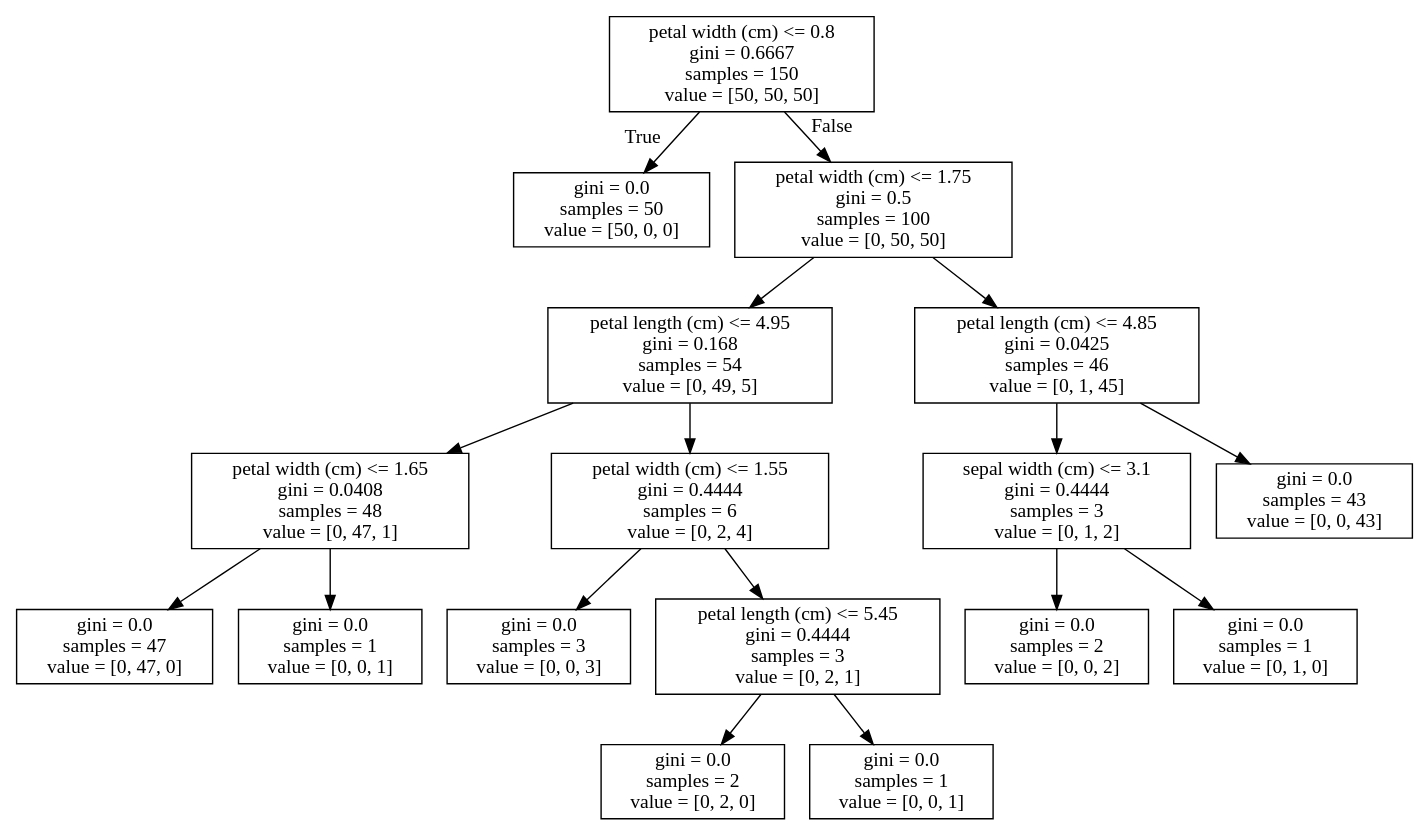
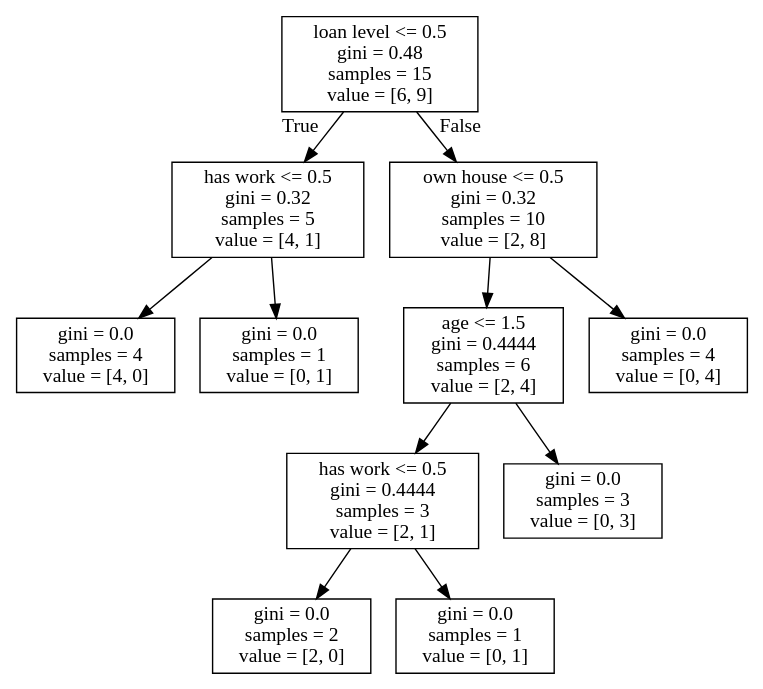
One commit to Jayhello/python_utils changed the diagram in python_utils/machine_learn/decision_tree/tree.dot. Above: the diagram before and after it, drawn with Graphviz. The commit also changed 7 other files, not shown here.

```diff
--- a/python_utils/machine_learn/decision_tree/tree.dot
+++ b/python_utils/machine_learn/decision_tree/tree.dot
@@ -1,36 +1,24 @@
 digraph Tree {
 node [shape=box] ;
-0 [label="petal width (cm) <= 0.8\ngini = 0.6667\nsamples = 150\nvalue = [50, 50, 50]"] ;
-1 [label="gini = 0.0\nsamples = 50\nvalue = [50, 0, 0]"] ;
+0 [label="loan level <= 0.5\ngini = 0.48\nsamples = 15\nvalue = [6, 9]"] ;
+1 [label="has work <= 0.5\ngini = 0.32\nsamples = 5\nvalue = [4, 1]"] ;
 0 -> 1 [labeldistance=2.5, labelangle=45, headlabel="True"] ;
-2 [label="petal width (cm) <= 1.75\ngini = 0.5\nsamples = 100\nvalue = [0, 50, 50]"] ;
-0 -> 2 [labeldistance=2.5, labelangle=-45, headlabel="False"] ;
-3 [label="petal length (cm) <= 4.95\ngini = 0.168\nsamples = 54\nvalue = [0, 49, 5]"] ;
-2 -> 3 ;
-4 [label="petal width (cm) <= 1.65\ngini = 0.0408\nsamples = 48\nvalue = [0, 47, 1]"] ;
-3 -> 4 ;
-5 [label="gini = 0.0\nsamples = 47\nvalue = [0, 47, 0]"] ;
+2 [label="gini = 0.0\nsamples = 4\nvalue = [4, 0]"] ;
+1 -> 2 ;
+3 [label="gini = 0.0\nsamples = 1\nvalue = [0, 1]"] ;
+1 -> 3 ;
+4 [label="own house <= 0.5\ngini = 0.32\nsamples = 10\nvalue = [2, 8]"] ;
+0 -> 4 [labeldistance=2.5, labelangle=-45, headlabel="False"] ;
+5 [label="age <= 1.5\ngini = 0.4444\nsamples = 6\nvalue = [2, 4]"] ;
 4 -> 5 ;
-6 [label="gini = 0.0\nsamples = 1\nvalue = [0, 0, 1]"] ;
-4 -> 6 ;
-7 [label="petal width (cm) <= 1.55\ngini = 0.4444\nsamples = 6\nvalue = [0, 2, 4]"] ;
-3 -> 7 ;
-8 [label="gini = 0.0\nsamples = 3\nvalue = [0, 0, 3]"] ;
-7 -> 8 ;
-9 [label="petal length (cm) <= 5.45\ngini = 0.4444\nsamples = 3\nvalue = [0, 2, 1]"] ;
-7 -> 9 ;
-10 [label="gini = 0.0\nsamples = 2\nvalue = [0, 2, 0]"] ;
-9 -> 10 ;
-11 [label="gini = 0.0\nsamples = 1\nvalue = [0, 0, 1]"] ;
-9 -> 11 ;
-12 [label="petal length (cm) <= 4.85\ngini = 0.0425\nsamples = 46\nvalue = [0, 1, 45]"] ;
-2 -> 12 ;
-13 [label="sepal width (cm) <= 3.1\ngini = 0.4444\nsamples = 3\nvalue = [0, 1, 2]"] ;
-12 -> 13 ;
-14 [label="gini = 0.0\nsamples = 2\nvalue = [0, 0, 2]"] ;
-13 -> 14 ;
-15 [label="gini = 0.0\nsamples = 1\nvalue = [0, 1, 0]"] ;
-13 -> 15 ;
-16 [label="gini = 0.0\nsamples = 43\nvalue = [0, 0, 43]"] ;
-12 -> 16 ;
+6 [label="has work <= 0.5\ngini = 0.4444\nsamples = 3\nvalue = [2, 1]"] ;
+5 -> 6 ;
+7 [label="gini = 0.0\nsamples = 2\nvalue = [2, 0]"] ;
+6 -> 7 ;
+8 [label="gini = 0.0\nsamples = 1\nvalue = [0, 1]"] ;
+6 -> 8 ;
+9 [label="gini = 0.0\nsamples = 3\nvalue = [0, 3]"] ;
+5 -> 9 ;
+10 [label="gini = 0.0\nsamples = 4\nvalue = [0, 4]"] ;
+4 -> 10 ;
 }
```
